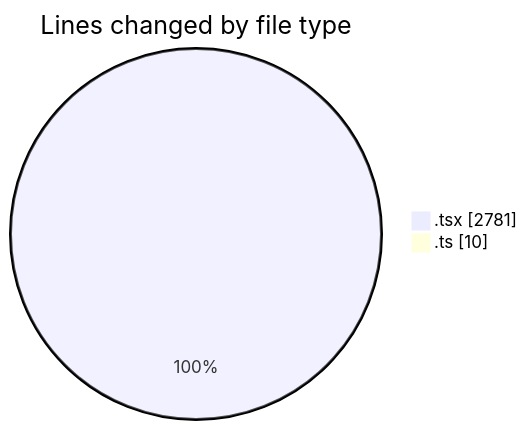
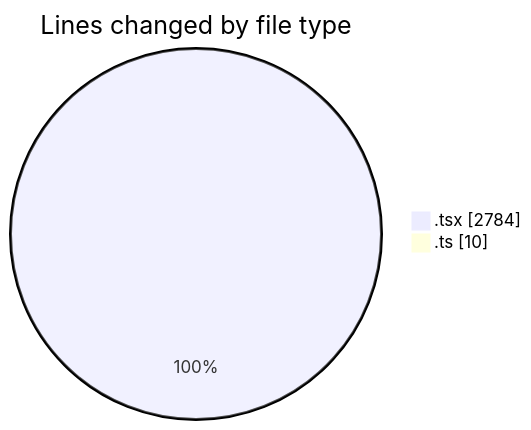
One commit to momahboobian/code-tracking changed the first of 2 diagrams in 2025-11-07/cda/README.md. Above: the diagram before and after it, drawn with Mermaid. The commit also changed other lines of this file and 1 other file, not shown here.

````diff
--- a/2025-11-07/cda/README.md
+++ b/2025-11-07/cda/README.md
@@ -21,6 +21,6 @@
 ```mermaid
 pie showData
 title Lines changed by file type
-".tsx" : 2781
+".tsx" : 2784
 ".ts" : 10
 ```
````
